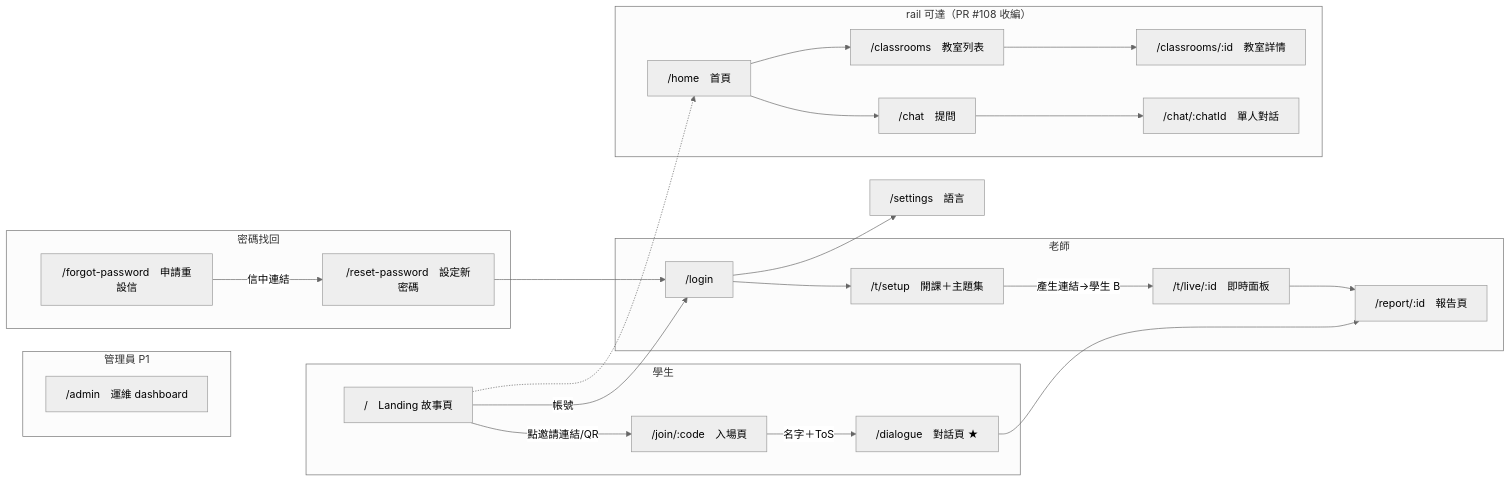
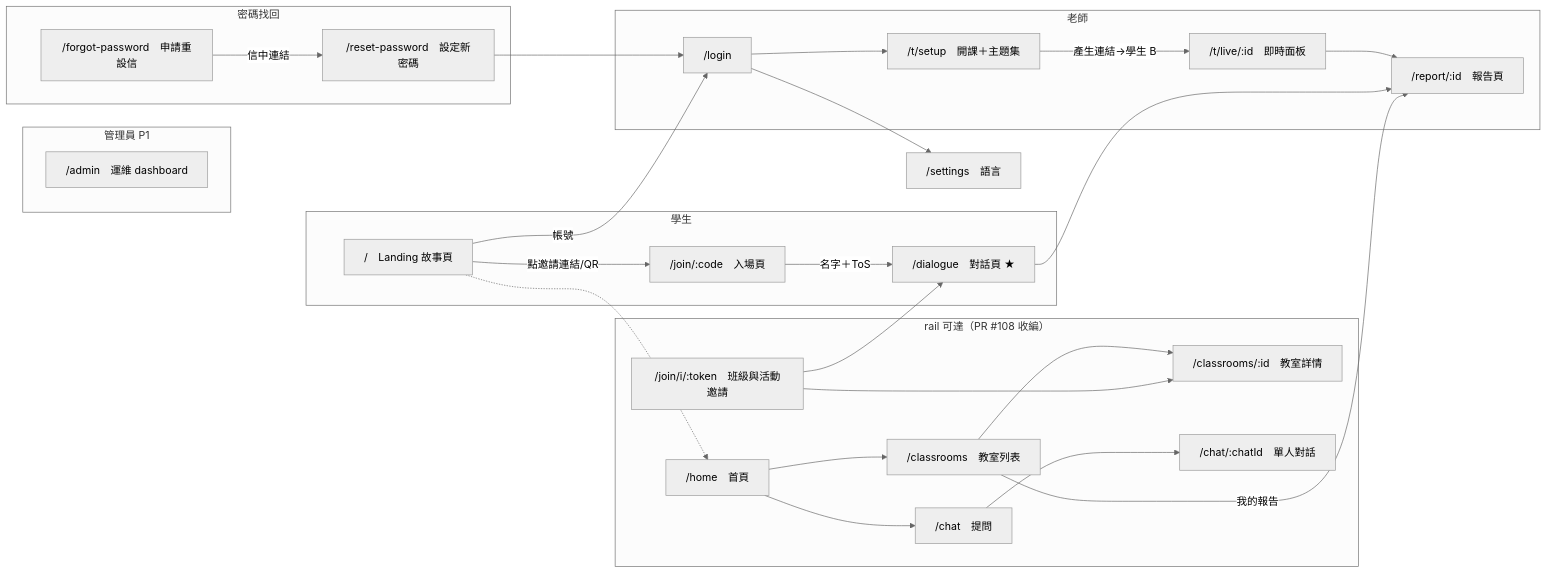
Before and after one commit to ntnu-swe-2026-team4/socrates-classroom: the diagram in docs/frontend.md, drawn with Mermaid (neutral theme). The commit also changed other lines of this file and 17 other files, not shown here.

````diff
--- a/docs/frontend.md
+++ b/docs/frontend.md
@@ -15,29 +15,32 @@
 ```mermaid
 flowchart LR
     subgraph student[學生]
         A["/　Landing 故事頁"] -->|"點邀請連結/QR"| B["/join/:code　入場頁"]
         B -->|"名字＋ToS"| D["/dialogue　對話頁 ★"]
     end
     subgraph teacher[老師]
         A -->|帳號| C["/login"]
         C --> E["/t/setup　開課＋主題集"]
         E -->|"產生連結→學生 B"| F["/t/live/:id　即時面板"]
         F --> G["/report/:id　報告頁"]
     end
     D --> G
     C --> H["/settings　語言"]
     subgraph rail[rail 可達（PR #108 收編）]
         J["/home　首頁"] --> K["/classrooms　教室列表"]
         K --> L["/classrooms/:id　教室詳情"]
+        V["/join/i/:token　班級與活動邀請"] --> L
+        V --> D
+        K -->|"我的報告"| G
         J --> O["/chat　提問"]
         O --> P["/chat/:chatId　單人對話"]
     end
     A -.-> J
     subgraph admin[管理員 P1]
         I["/admin　運維 dashboard"]
     end
     subgraph recovery[密碼找回]
         M["/forgot-password　申請重設信"] -->|"信中連結"| N["/reset-password　設定新密碼"]
     end
     N --> C
 ```
````
